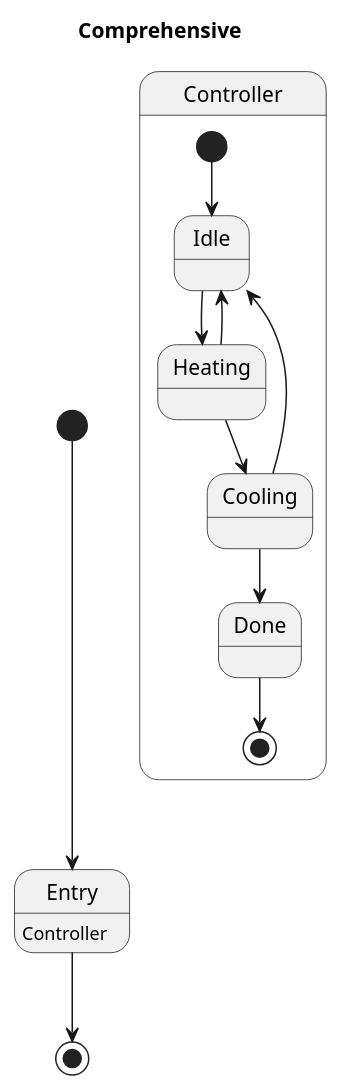
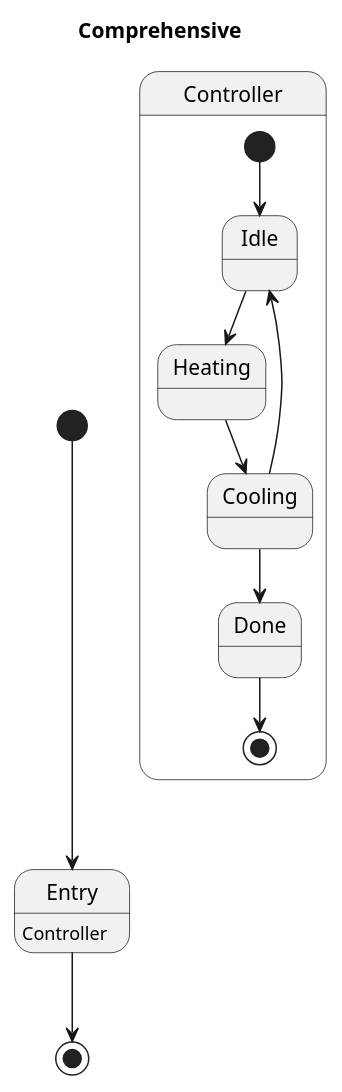
One commit to Pastor/Takt changed the diagram in examples/generated/plantuml/comprehensive.puml. Above: the diagram before and after it, drawn with PlantUML. The commit also changed 23 other files, not shown here.

```diff
--- a/examples/generated/plantuml/comprehensive.puml
+++ b/examples/generated/plantuml/comprehensive.puml
@@ -1,18 +1,17 @@
 @startuml
 title Comprehensive
 
 [*] --> Entry
 Entry : Controller
 Entry --> [*]
 
 state Controller {
     [*] --> Idle
     Cooling --> Done
     Cooling --> Idle
     Done --> [*]
     Heating --> Cooling
-    Heating --> Idle
     Idle --> Heating
 }
 
 @enduml
```
